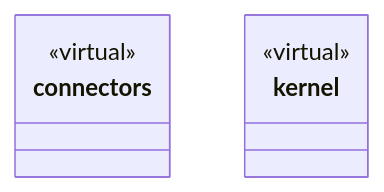
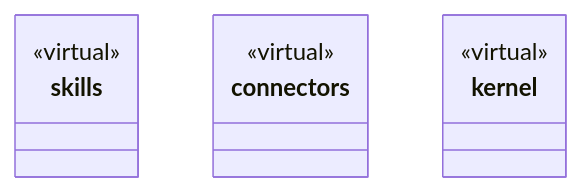
The second of 2 diagrams in src/framework/ARCHITECTURE.md (nan023062/cbim), drawn with Mermaid before and after one commit. The commit also changed other lines of this file and 30 other files, not shown here.

````diff
--- a/src/framework/ARCHITECTURE.md
+++ b/src/framework/ARCHITECTURE.md
@@ -62,11 +64,15 @@
 ```mermaid
 classDiagram
+class N_af1b03806bfb["skills"] {
+  <<virtual>>
+}
+click N_af1b03806bfb href "skills/ARCHITECTURE.md"
 class N_0b7ffb6a70f6["connectors"] {
   <<virtual>>
 }
 click N_0b7ffb6a70f6 href "connectors/ARCHITECTURE.md"
 class N_20ee62e66639["kernel"] {
   <<virtual>>
 }
 click N_20ee62e66639 href "kernel/ARCHITECTURE.md"
 ```
````
